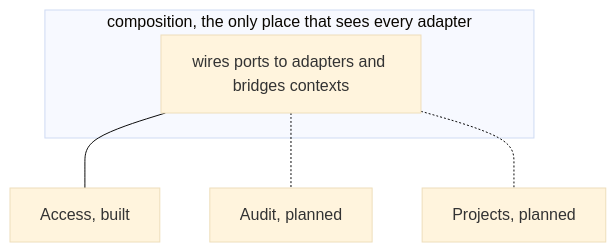
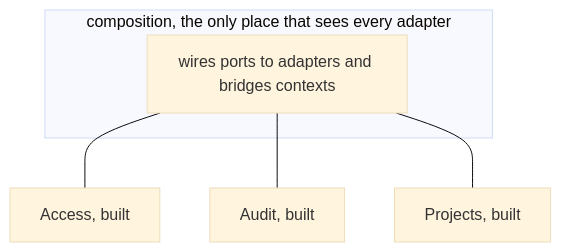
Before and after one commit to Thommans-Playground/playground-keycloak: the third of 4 diagrams in docs/architecture.md, drawn with Mermaid (base theme). The commit also changed other lines of this file and 3 other files, not shown here.

````diff
--- a/docs/architecture.md
+++ b/docs/architecture.md
@@ -52,9 +52,9 @@
 ```mermaid
 flowchart TB
     subgraph composition ["composition, the only place that sees every adapter"]
         wiring[wires ports to adapters and bridges contexts]
     end
     wiring --- access[Access, built]
-    wiring -.- audit[Audit, planned]
-    wiring -.- projects[Projects, planned]
+    wiring --- audit[Audit, built]
+    wiring --- projects[Projects, built]
 ```
````
